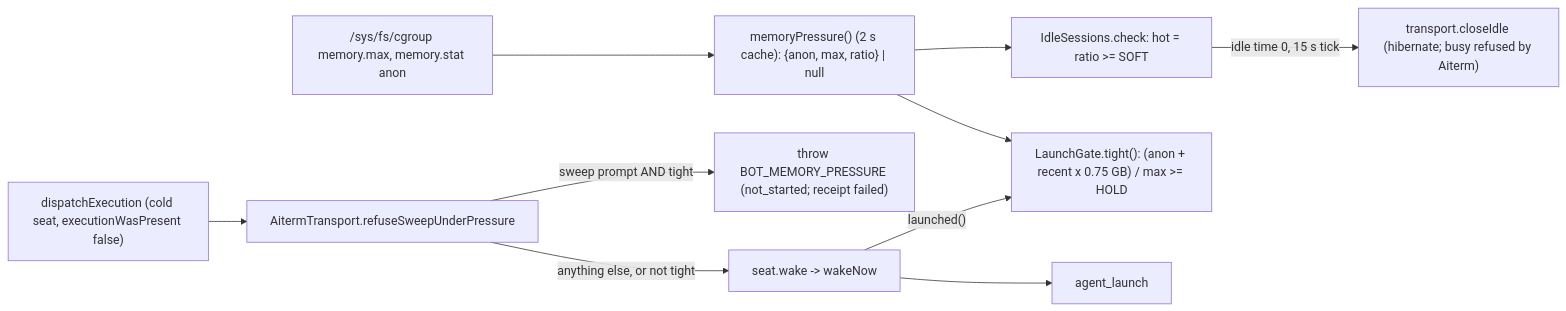
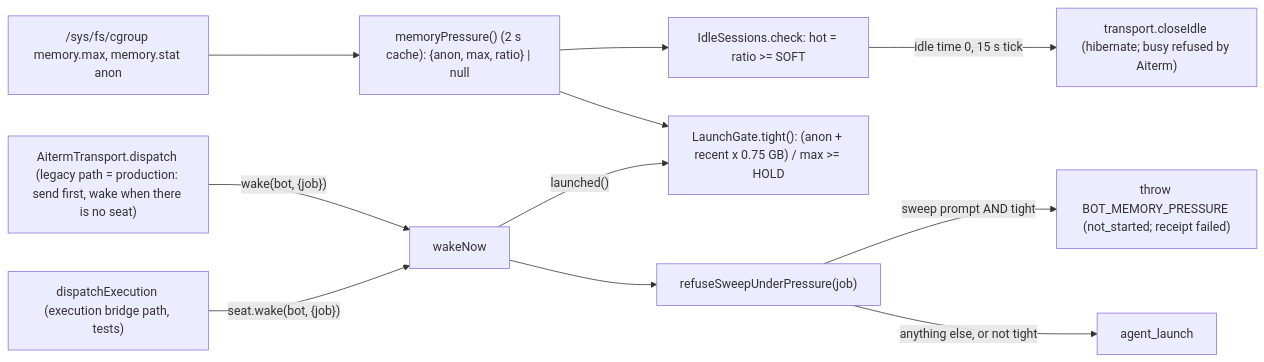
One commit to kitepon/BellTeam changed the diagram in docs/architecture/modules/execution/memory-budget.md. Above: the diagram before and after it, drawn with Mermaid. The commit also changed other lines of this file and 3 other files, not shown here.

First line of the commit message:
a505d: refuse the sweep prompt in wakeNow, where production launches pass

````diff
--- a/docs/architecture/modules/execution/memory-budget.md
+++ b/docs/architecture/modules/execution/memory-budget.md
@@ -17,12 +17,13 @@
 ```mermaid
 flowchart LR
   CG["/sys/fs/cgroup memory.max, memory.stat anon"] --> MP["memoryPressure() (2 s cache): {anon, max, ratio} | null"]
   MP --> IS["IdleSessions.check: hot = ratio >= SOFT"]
   IS -->|"idle time 0, 15 s tick"| CI["transport.closeIdle (hibernate; busy refused by Aiterm)"]
   MP --> LG["LaunchGate.tight(): (anon + recent x 0.75 GB) / max >= HOLD"]
-  DE["dispatchExecution (cold seat, executionWasPresent false)"] --> RS["AitermTransport.refuseSweepUnderPressure"]
+  DL["AitermTransport.dispatch (legacy path = production: send first, wake when there is no seat)"] -->|"wake(bot, {job})"| WK["wakeNow"]
+  DE["dispatchExecution (execution bridge path, tests)"] -->|"seat.wake(bot, {job})"| WK
+  WK --> RS["refuseSweepUnderPressure(job)"]
   RS -->|"sweep prompt AND tight"| RF["throw BOT_MEMORY_PRESSURE (not_started; receipt failed)"]
-  RS -->|"anything else, or not tight"| WK["seat.wake -> wakeNow"]
+  RS -->|"anything else, or not tight"| AL["agent_launch"]
   WK -->|"launched()"| LG
-  WK --> AL["agent_launch"]
 ```
````
